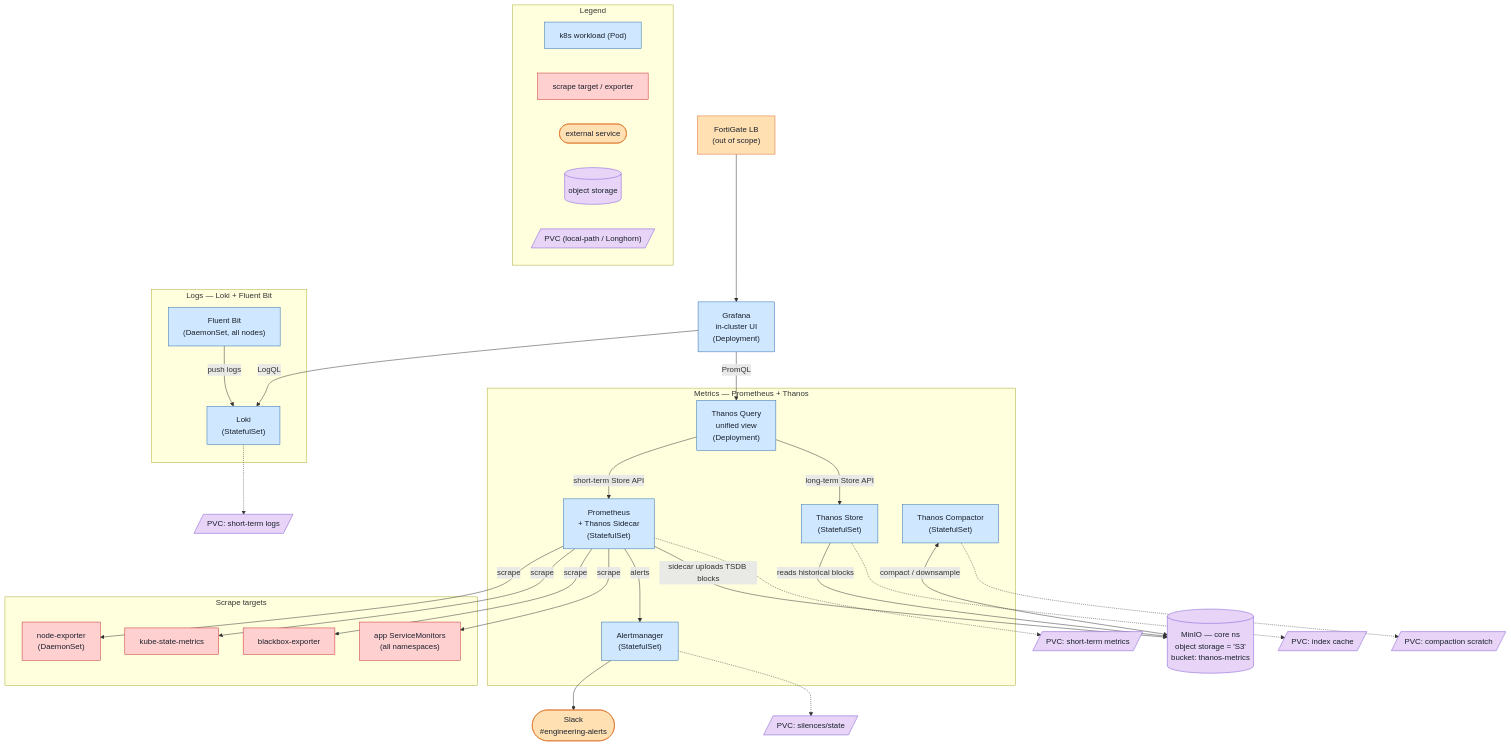
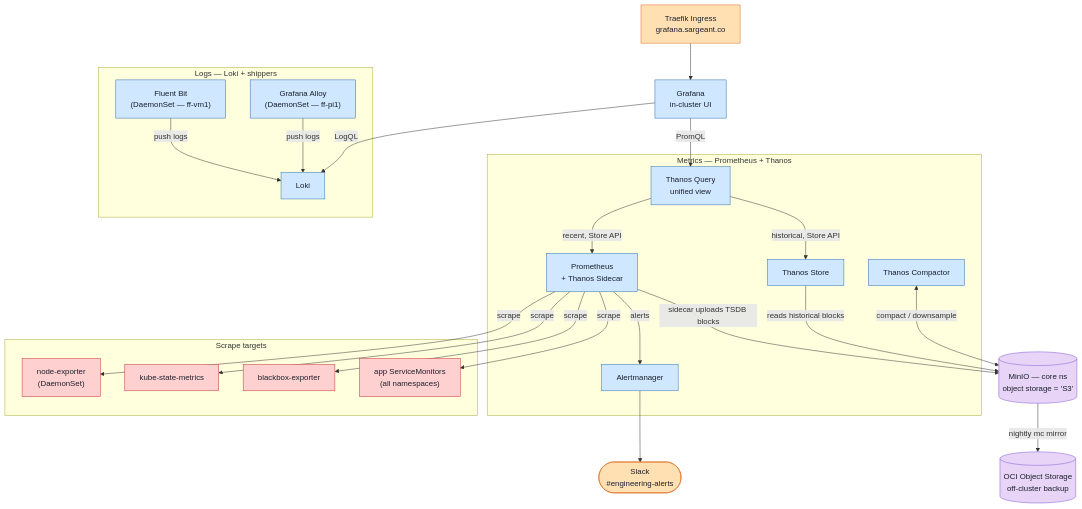
One commit to CalebSargeant/infra changed the diagram in docs/operations/observability-stack.md. Above: the diagram before and after it, drawn with Mermaid. The commit also changed other lines of this file and 22 other files, not shown here.

First line of the commit message:
feat(observability): ff-pi1 logs (Alloy), Grafana ingress, MinIO->OCI backup (#355)

````diff
--- a/docs/operations/observability-stack.md
+++ b/docs/operations/observability-stack.md
@@ -19,20 +24,20 @@
 ```mermaid
 flowchart TD
     %% ===== Access / UI =====
-    FGT["FortiGate LB<br/>(out of scope)"]
+    Traefik["Traefik Ingress<br/>grafana.sargeant.co"]
     Slack(["Slack<br/>#engineering-alerts"])
-    Grafana["Grafana<br/>in-cluster UI<br/>(Deployment)"]
+    Grafana["Grafana<br/>in-cluster UI"]
 
     %% ===== Metrics: Prometheus + Thanos =====
     subgraph metrics["Metrics — Prometheus + Thanos"]
-        TQ["Thanos Query<br/>unified view<br/>(Deployment)"]
-        Prom["Prometheus<br/>+ Thanos Sidecar<br/>(StatefulSet)"]
-        TStore["Thanos Store<br/>(StatefulSet)"]
-        TCompact["Thanos Compactor<br/>(StatefulSet)"]
-        AM["Alertmanager<br/>(StatefulSet)"]
+        TQ["Thanos Query<br/>unified view"]
+        Prom["Prometheus<br/>+ Thanos Sidecar"]
+        TStore["Thanos Store"]
+        TCompact["Thanos Compactor"]
+        AM["Alertmanager"]
     end
 
-    %% ===== Exporters / scrape targets =====
+    %% ===== Scrape targets =====
     subgraph exporters["Scrape targets"]
         NodeExp["node-exporter<br/>(DaemonSet)"]
         KSM["kube-state-metrics"]
@@ -40,29 +45,24 @@
         AppSM["app ServiceMonitors<br/>(all namespaces)"]
     end
 
-    %% ===== Logs: Loki + Fluent Bit =====
-    subgraph logs["Logs — Loki + Fluent Bit"]
-        Loki["Loki<br/>(StatefulSet)"]
-        FB["Fluent Bit<br/>(DaemonSet, all nodes)"]
+    %% ===== Logs =====
+    subgraph logs["Logs — Loki + shippers"]
+        Loki["Loki"]
+        FB["Fluent Bit<br/>(DaemonSet — ff-vm1)"]
+        Alloy["Grafana Alloy<br/>(DaemonSet — ff-pi1)"]
     end
 
-    %% ===== Object storage (S3 equivalent) =====
-    MinIO[("MinIO — core ns<br/>object storage = 'S3'<br/>bucket: thanos-metrics")]
-
-    %% ===== Persistent volumes =====
-    PromPVC[/"PVC: short-term metrics"/]
-    LokiPVC[/"PVC: short-term logs"/]
-    AMPVC[/"PVC: silences/state"/]
-    TStorePVC[/"PVC: index cache"/]
-    TCompactPVC[/"PVC: compaction scratch"/]
+    %% ===== Object storage + backup =====
+    MinIO[("MinIO — core ns<br/>object storage = 'S3'")]
+    OCI[("OCI Object Storage<br/>off-cluster backup")]
 
     %% ===== Flows =====
-    FGT --> Grafana
+    Traefik --> Grafana
     Grafana -->|PromQL| TQ
     Grafana -->|LogQL| Loki
 
-    TQ -->|short-term Store API| Prom
-    TQ -->|long-term Store API| TStore
+    TQ -->|recent, Store API| Prom
+    TQ -->|historical, Store API| TStore
 
     Prom -->|scrape| NodeExp
     Prom -->|scrape| KSM
@@ -74,32 +74,18 @@
     Prom -->|sidecar uploads TSDB blocks| MinIO
     TStore -->|reads historical blocks| MinIO
     TCompact <-->|compact / downsample| MinIO
+    MinIO -->|nightly mc mirror| OCI
 
     FB -->|push logs| Loki
-
-    Prom -.-> PromPVC
-    Loki -.-> LokiPVC
-    AM -.-> AMPVC
-    TStore -.-> TStorePVC
-    TCompact -.-> TCompactPVC
-
-    %% ===== Legend =====
-    subgraph legend["Legend"]
-        L1["k8s workload (Pod)"]
-        L2["scrape target / exporter"]
-        L3(["external service"])
-        L4[("object storage")]
-        L5[/"PVC (local-path / Longhorn)"/]
-    end
+    Alloy -->|push logs| Loki
 
     classDef pod fill:#cfe8ff,stroke:#2b6cb0,color:#1a202c;
     classDef store fill:#e7d4f7,stroke:#805ad5,color:#1a202c;
     classDef managed fill:#ffe0b3,stroke:#dd6b20,color:#1a202c;
     classDef exporter fill:#ffd0d0,stroke:#c53030,color:#1a202c;
 
-    class Grafana,TQ,Prom,TStore,TCompact,AM,Loki,FB,L1 pod;
-    class NodeExp,KSM,Blackbox,AppSM,L2 exporter;
-    class MinIO,L4 store;
-    class Slack,FGT,L3 managed;
-    class PromPVC,LokiPVC,AMPVC,TStorePVC,TCompactPVC,L5 store;
+    class Grafana,TQ,Prom,TStore,TCompact,AM,Loki,FB,Alloy pod;
+    class NodeExp,KSM,Blackbox,AppSM exporter;
+    class MinIO,OCI store;
+    class Slack,Traefik managed;
 ```
````
